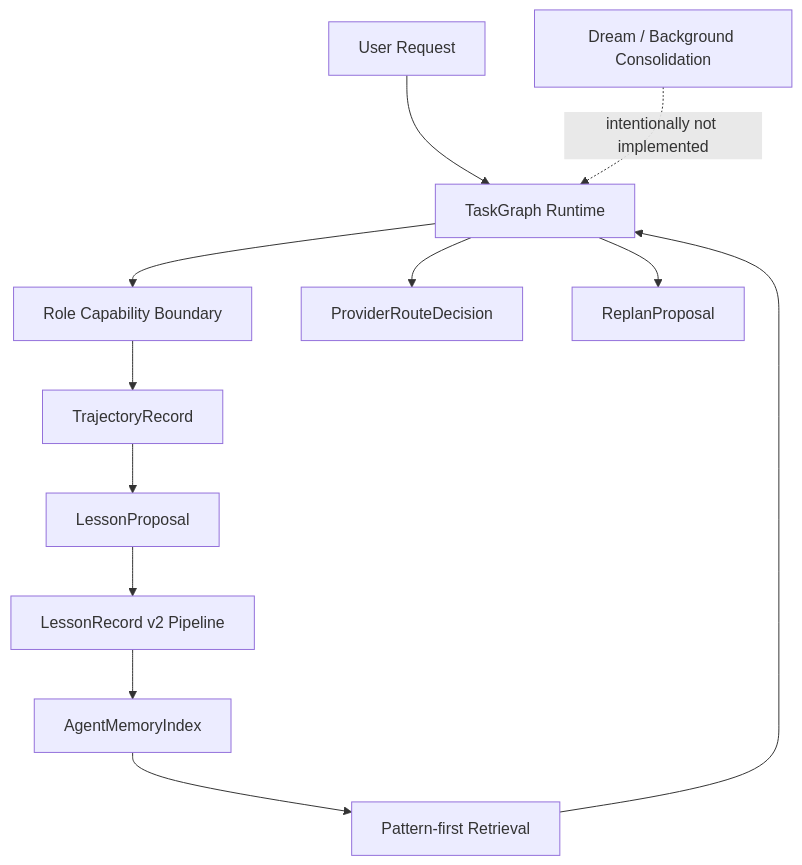
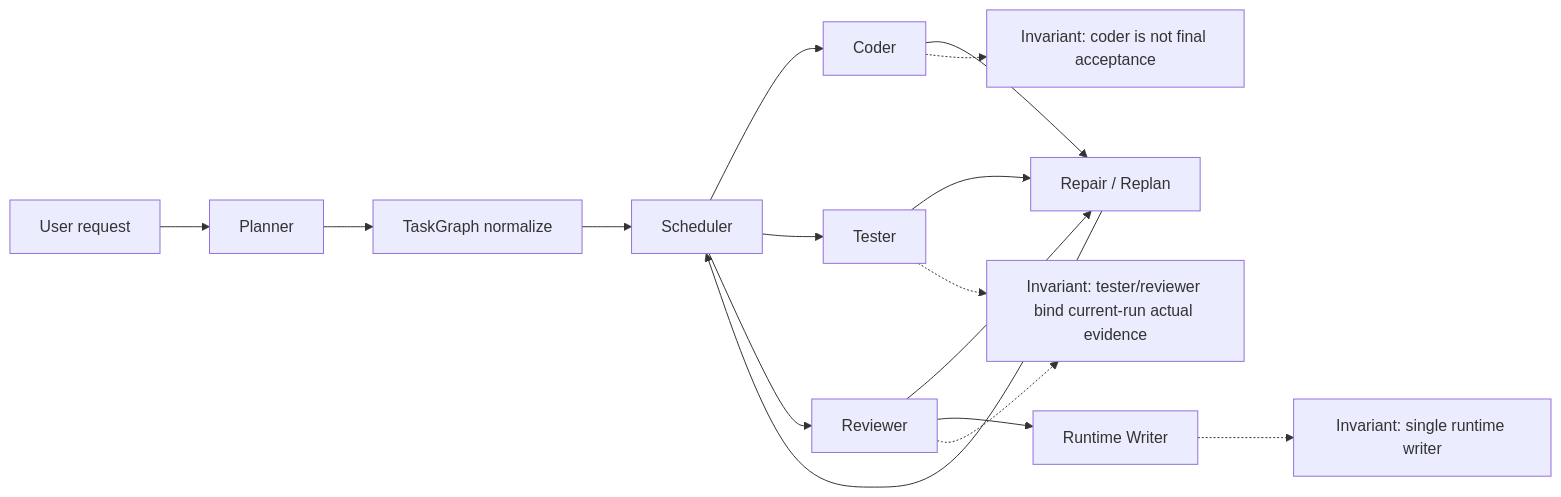
One commit to Wholiver/codemate changed the first of 3 diagrams in docs/codemate-self-study-architecture.md. Above: the diagram before and after it, drawn with Mermaid. The commit also changed other lines of this file and 2 other files, not shown here.

Commit message:
docs: split architecture diagrams into focused sections

````diff
--- a/docs/codemate-self-study-architecture.md
+++ b/docs/codemate-self-study-architecture.md
@@ -19,15 +19,22 @@
 ```mermaid
-flowchart TD
-  U[User Request] --> TG[TaskGraph Runtime]
-  TG --> RB[Role Capability Boundary]
-  RB --> TR[TrajectoryRecord]
-  TR --> LP[LessonProposal]
-  LP --> LV2[LessonRecord v2 Pipeline]
-  LV2 --> AMI[AgentMemoryIndex]
-  AMI --> PR[Pattern-first Retrieval]
-  PR --> TG
-  TG --> PRD[ProviderRouteDecision]
-  TG --> RP[ReplanProposal]
+flowchart LR
+  U[User request] --> P[Planner]
+  P --> N[TaskGraph normalize]
+  N --> S[Scheduler]
+  S --> C[Coder]
+  S --> T[Tester]
+  S --> R[Reviewer]
+  C --> RP[Repair / Replan]
+  T --> RP
+  R --> RP
+  RP --> S
+  R --> W[Runtime Writer]
 
-  D[Dream / Background Consolidation] -. intentionally not implemented .-> TG
+  I1[Invariant: single runtime writer]
+  I2[Invariant: coder is not final acceptance]
+  I3[Invariant: tester/reviewer bind current-run actual evidence]
+  W -.-> I1
+  C -.-> I2
+  T -.-> I3
+  R -.-> I3
 ```
````
